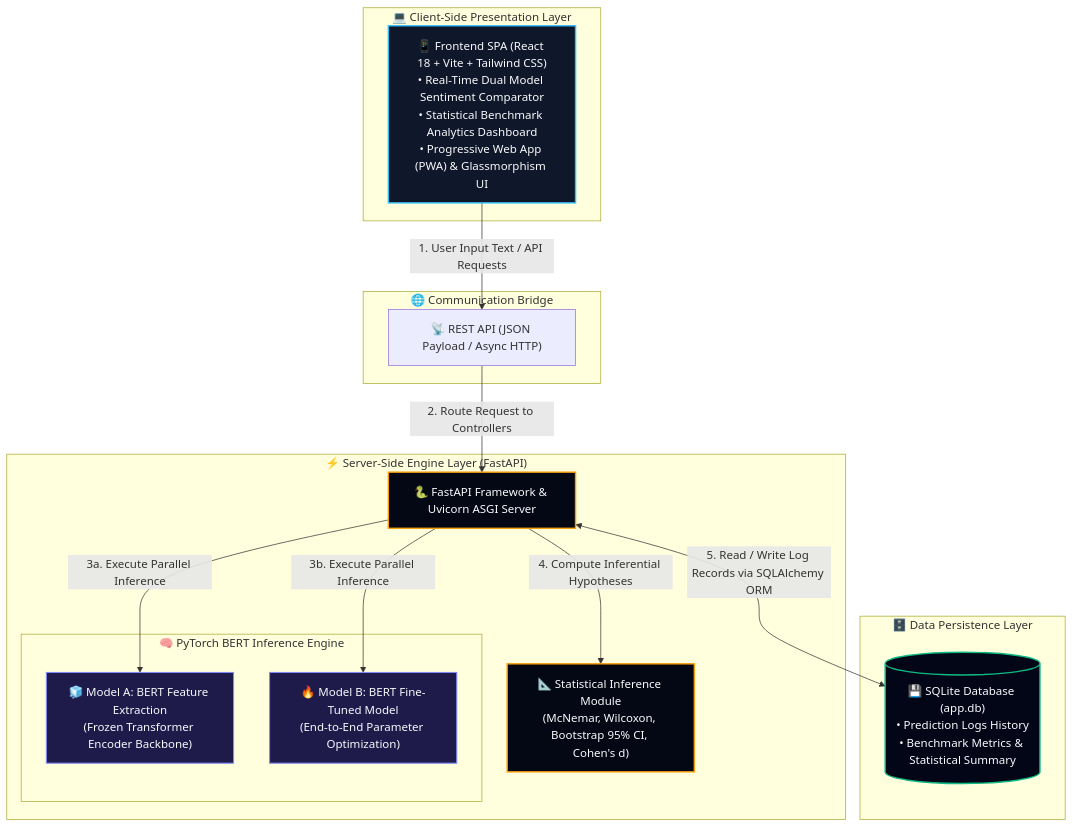
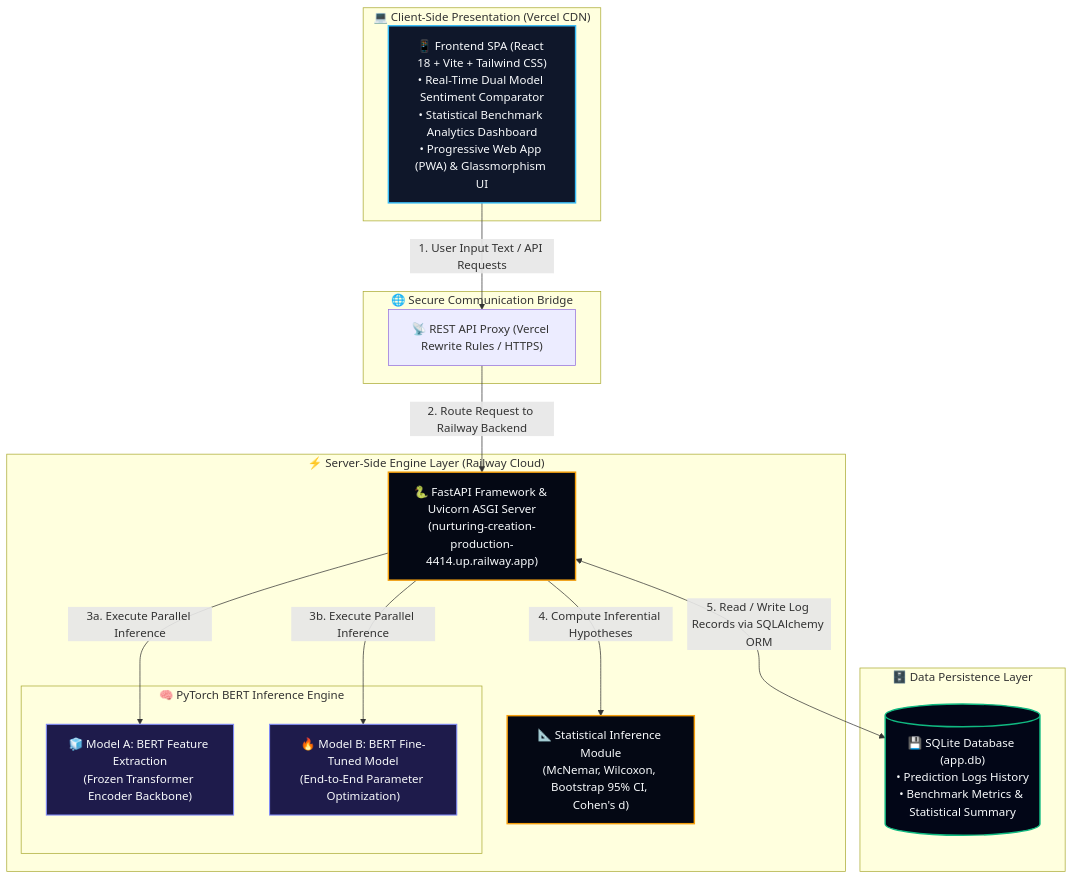
Before and after one commit to khamalputra/BERT-Sentiment-Lab: the diagram in README.md, drawn with Mermaid. The commit also changed other lines of this file and 1 other file, not shown here.

Commit message:
Tidy up folder structure and update README with Railway production URL

````diff
--- a/README.md
+++ b/README.md
@@ -44,41 +48,41 @@
 ```mermaid
 graph TD
     %% Node Style Definitions
     classDef frontend fill:#0f172a,stroke:#38bdf8,stroke-width:2px,color:#f8fafc;
     classDef backend fill:#040814,stroke:#f59e0b,stroke-width:2px,color:#f8fafc;
     classDef database fill:#020617,stroke:#10b981,stroke-width:2px,color:#f8fafc;
     classDef model fill:#1e1b4b,stroke:#818cf8,stroke-width:1.5px,color:#f8fafc;
 
-    subgraph ClientLayer [" 💻 Client-Side Presentation Layer "]
+    subgraph ClientLayer [" 💻 Client-Side Presentation (Vercel CDN) "]
         FE["📱 Frontend SPA (React 18 + Vite + Tailwind CSS)<br/>• Real-Time Dual Model Sentiment Comparator<br/>• Statistical Benchmark Analytics Dashboard<br/>• Progressive Web App (PWA) & Glassmorphism UI"]:::frontend
     end
 
-    subgraph APIBridge [" 🌐 Communication Bridge "]
-        HTTP["📡 REST API (JSON Payload / Async HTTP)"]
+    subgraph APIBridge [" 🌐 Secure Communication Bridge "]
+        HTTP["📡 REST API Proxy (Vercel Rewrite Rules / HTTPS)"]
     end
 
-    subgraph ServerLayer [" ⚡ Server-Side Engine Layer (FastAPI) "]
-        BE["🐍 FastAPI Framework & Uvicorn ASGI Server"]:::backend
+    subgraph ServerLayer [" ⚡ Server-Side Engine Layer (Railway Cloud) "]
+        BE["🐍 FastAPI Framework & Uvicorn ASGI Server<br/>(nurturing-creation-production-4414.up.railway.app)"]:::backend
         
         subgraph DeepLearningEngine [" 🧠 PyTorch BERT Inference Engine "]
             MA["🧊 Model A: BERT Feature Extraction<br/>(Frozen Transformer Encoder Backbone)"]:::model
             MB["🔥 Model B: BERT Fine-Tuned Model<br/>(End-to-End Parameter Optimization)"]:::model
         end
         
         STAT["📐 Statistical Inference Module<br/>(McNemar, Wilcoxon, Bootstrap 95% CI, Cohen's d)"]:::backend
     end
 
     subgraph StorageLayer [" 🗄️ Data Persistence Layer "]
         DB[("💾 SQLite Database (app.db)<br/>• Prediction Logs History<br/>• Benchmark Metrics & Statistical Summary")]:::database
     end
 
     %% Workflow Connectors
     FE -->|"1. User Input Text / API Requests"| HTTP
-    HTTP -->|"2. Route Request to Controllers"| BE
+    HTTP -->|"2. Route Request to Railway Backend"| BE
     
     BE -->|"3a. Execute Parallel Inference"| MA
     BE -->|"3b. Execute Parallel Inference"| MB
     BE -->|"4. Compute Inferential Hypotheses"| STAT
     
     BE <-->|"5. Read / Write Log Records via SQLAlchemy ORM"| DB
 ```
````
